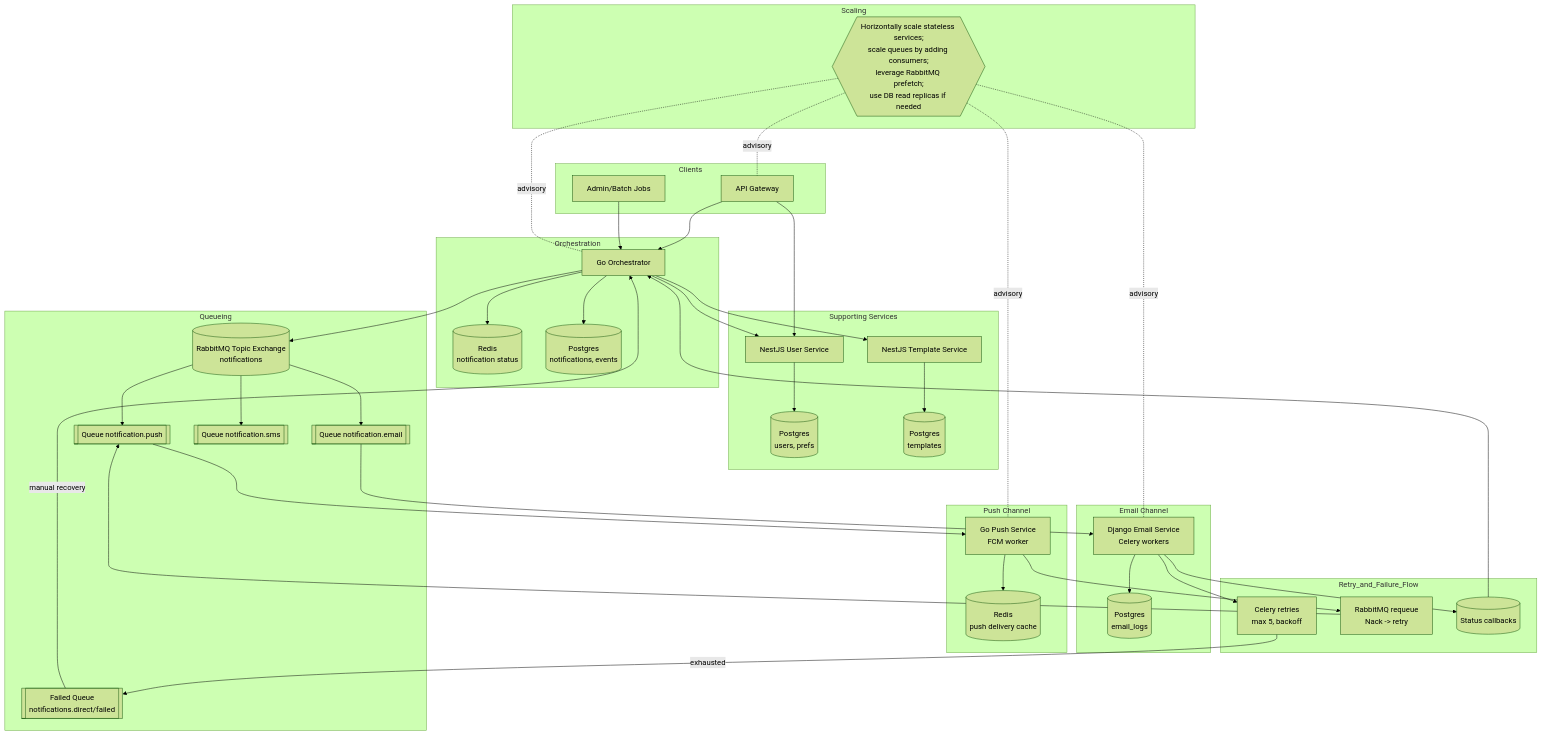
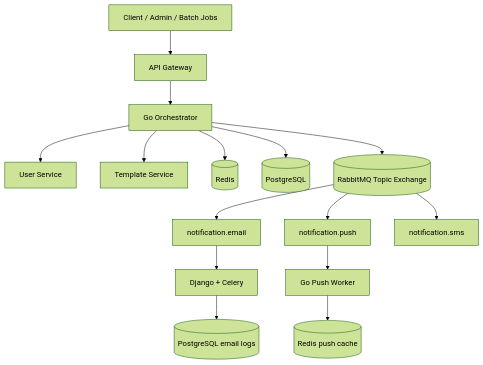
Before and after one commit to justinndidit/notification-system: the first of 3 diagrams in README.md, drawn with Mermaid (forest theme). The commit also changed other lines of this file and 20 other files, not shown here.

````diff
--- a/README.md
+++ b/README.md
@@ -28,77 +114,20 @@
 ```mermaid
-flowchart TB
-  subgraph Clients
-    API[API Gateway]
-    Admin[Admin/Batch Jobs]
-  end
+graph TB
+  Client[Client / Admin / Batch Jobs] --> Gateway[API Gateway]
+  Gateway --> Orch[Go Orchestrator]
+  Orch --> UserSvc[User Service]
+  Orch --> TemplateSvc[Template Service]
+  Orch --> Redis[(Redis)]
+  Orch --> DB[(PostgreSQL)]
+  Orch --> MQ[(RabbitMQ Topic Exchange)]
 
-  subgraph Orchestration
-    ORCH[Go Orchestrator]
-    RedisStatus[(Redis\nnotification status)]
-    PGMain[(Postgres\nnotifications, events)]
-  end
+  MQ --> EmailQ[notification.email]
+  MQ --> PushQ[notification.push]
+  MQ --> SmsQ[notification.sms]
 
-  subgraph Supporting Services
-    USER[NestJS User Service]
-    USERDB[(Postgres\nusers, prefs)]
-    TEMPLATE[NestJS Template Service]
-    TEMPLATEDB[(Postgres\ntemplates)]
-  end
+  EmailQ --> EmailWorker[Django + Celery]
+  PushQ --> PushWorker[Go Push Worker]
 
-  subgraph Queueing
-  EX[(RabbitMQ Topic Exchange\nnotifications)]
-    QEmail[[Queue notification.email]]
-    QPush[[Queue notification.push]]
-    QSMS[[Queue notification.sms]]
-    DLQ[[Failed Queue\nnotifications.direct/failed]]
-  end
-
-  subgraph Email Channel
-    EmailSvc[Django Email Service\nCelery workers]
-    EmailDB[(Postgres\nemail_logs)]
-  end
-
-  subgraph Push Channel
-    PushSvc[Go Push Service\nFCM worker]
-    PushRedis[(Redis\npush delivery cache)]
-  end
-
-  subgraph Retry_and_Failure_Flow
-    EmailRetry[Celery retries\nmax 5, backoff]
-    PushRetry[RabbitMQ requeue\nNack -> retry]
-    StatusWebhook[(Status callbacks)]
-  end
-
-  subgraph Scaling
-    ScaleNotes{{"Horizontally scale stateless services;\nscale queues by adding consumers;\nleverage RabbitMQ prefetch;\nuse DB read replicas if needed"}}
-  end
-
-  API --> ORCH
-  API --> USER
-  Admin --> ORCH
-  ORCH --> USER
-  ORCH --> TEMPLATE
-  USER --> USERDB
-  TEMPLATE --> TEMPLATEDB
-  ORCH --> PGMain
-  ORCH --> RedisStatus
-  ORCH --> EX
-  EX --> QEmail
-  EX --> QPush
-  EX --> QSMS
-  QEmail --> EmailSvc
-  QPush --> PushSvc
-  EmailSvc --> EmailRetry
-  EmailRetry -->|exhausted| DLQ
-  EmailSvc --> EmailDB
-  EmailSvc --> StatusWebhook
-  PushSvc --> PushRetry
-  PushRetry --> QPush
-  PushSvc --> PushRedis
-  DLQ -->|manual recovery| ORCH
-  StatusWebhook --> ORCH
-  ScaleNotes -. advisory .- ORCH
-  ScaleNotes -. advisory .- EmailSvc
-  ScaleNotes -. advisory .- PushSvc
-  ScaleNotes -. advisory .- API
+  EmailWorker --> EmailDB[(PostgreSQL email logs)]
+  PushWorker --> PushCache[(Redis push cache)]
 ```
````
